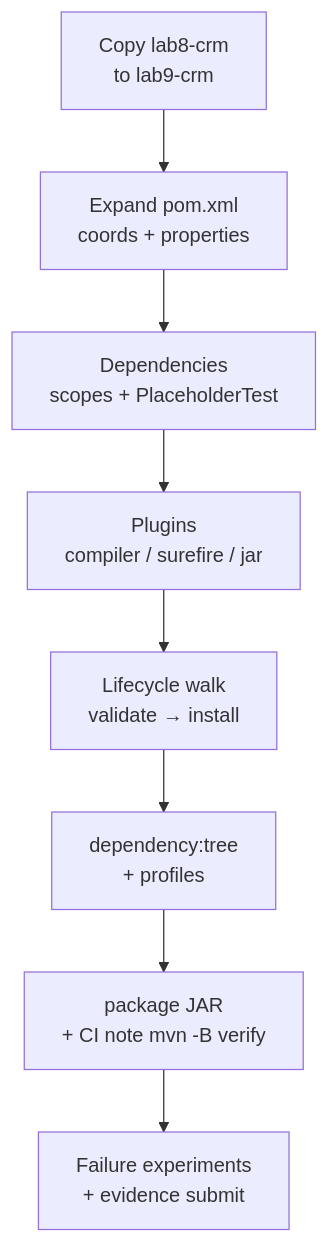
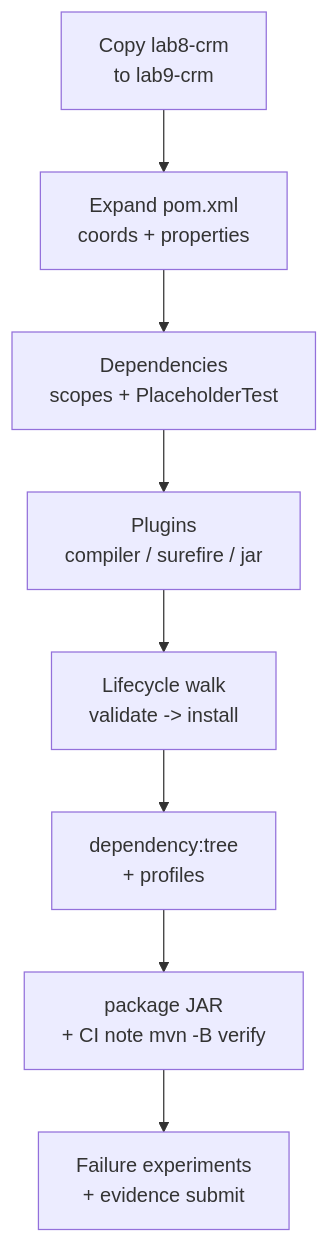
Before and after one commit to pupilliluke/bc-sw-engineer-java-participant: the third of 3 diagrams in labs/Week 2 - Backend, AI Tools and Testing/module-09/lab9/LAB-9-GUIDE.md, drawn with Mermaid. The commit also changed other lines of this file and 55 other files, not shown here.

Commit message:
Stop publishing local screenshots; harden Mermaid for GitHub; sync only tracked lab files.

````diff
--- a/labs/Week 2 - Backend, AI Tools and Testing/module-09/lab9/LAB-9-GUIDE.md
+++ b/labs/Week 2 - Backend, AI Tools and Testing/module-09/lab9/LAB-9-GUIDE.md
@@ -121,10 +121,10 @@
 ```mermaid
 flowchart TD
     A["Copy lab8-crm<br/>to lab9-crm"] --> B["Expand pom.xml<br/>coords + properties"]
     B --> C["Dependencies<br/>scopes + PlaceholderTest"]
     C --> D["Plugins<br/>compiler / surefire / jar"]
-    D --> E["Lifecycle walk<br/>validate → install"]
+    D --> E["Lifecycle walk<br/>validate -> install"]
     E --> F["dependency:tree<br/>+ profiles"]
     F --> G["package JAR<br/>+ CI note mvn -B verify"]
     G --> H["Failure experiments<br/>+ evidence submit"]
 ```
````
